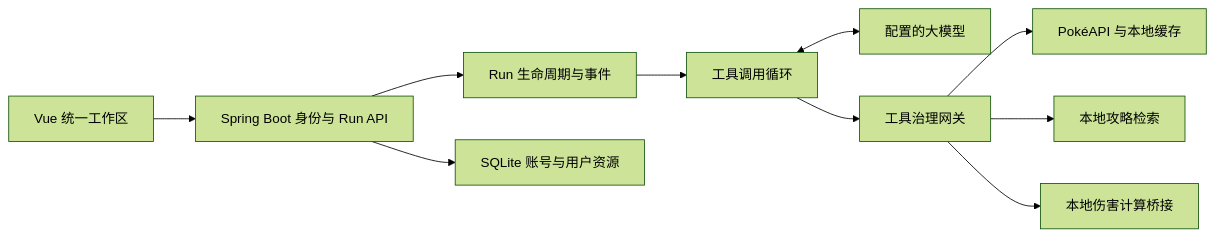
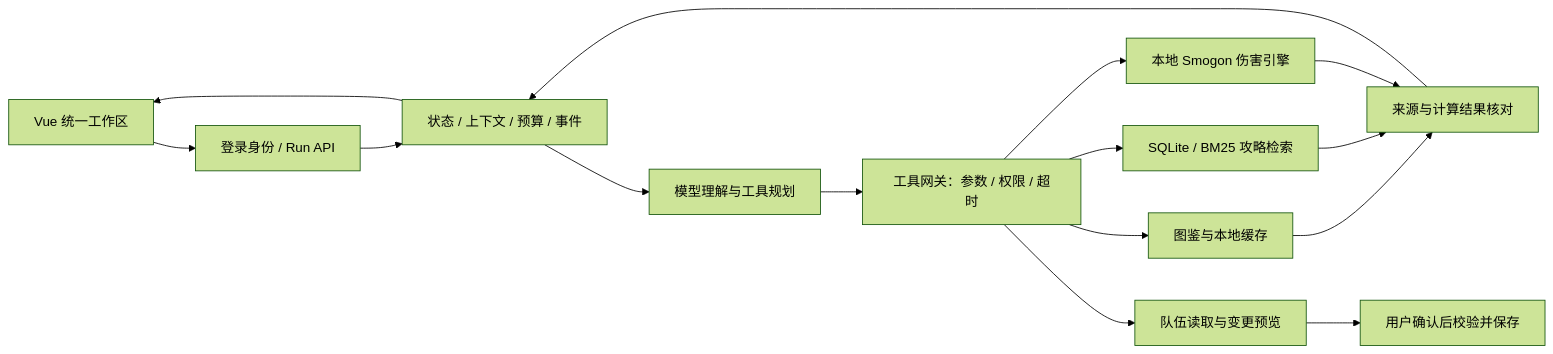
The diagram in README.md (vioabio/AI-Agent), drawn with Mermaid (forest theme) before and after one commit. The commit also changed other lines of this file and 1122 other files, not shown here.

````diff
--- a/README.md
+++ b/README.md
@@ -83,12 +23,17 @@
 ```mermaid
 flowchart LR
-    UI[Vue 统一工作区] --> API[Spring Boot 身份与 Run API]
-    API --> RUN[Run 生命周期与事件]
-    RUN --> AGENT[工具调用循环]
-    AGENT <--> MODEL[配置的大模型]
-    AGENT --> GATE[工具治理网关]
-    GATE --> FACT[PokéAPI 与本地缓存]
-    GATE --> GUIDE[本地攻略检索]
-    GATE --> CALC[本地伤害计算桥接]
-    API --> SQLITE[SQLite 账号与用户资源]
+    UI[Vue 统一工作区] --> API[登录身份 / Run API]
+    API --> RUN[状态 / 上下文 / 预算 / 事件]
+    RUN --> MODEL[模型理解与工具规划]
+    MODEL --> GW[工具网关：参数 / 权限 / 超时]
+    GW --> DATA[图鉴与本地缓存]
+    GW --> RAG[SQLite / BM25 攻略检索]
+    GW --> CALC[本地 Smogon 伤害引擎]
+    GW --> TEAM[队伍读取与变更预览]
+    TEAM --> CONFIRM[用户确认后校验并保存]
+    DATA --> CHECK[来源与计算结果核对]
+    RAG --> CHECK
+    CALC --> CHECK
+    CHECK --> RUN
+    RUN --> UI
 ```
````
